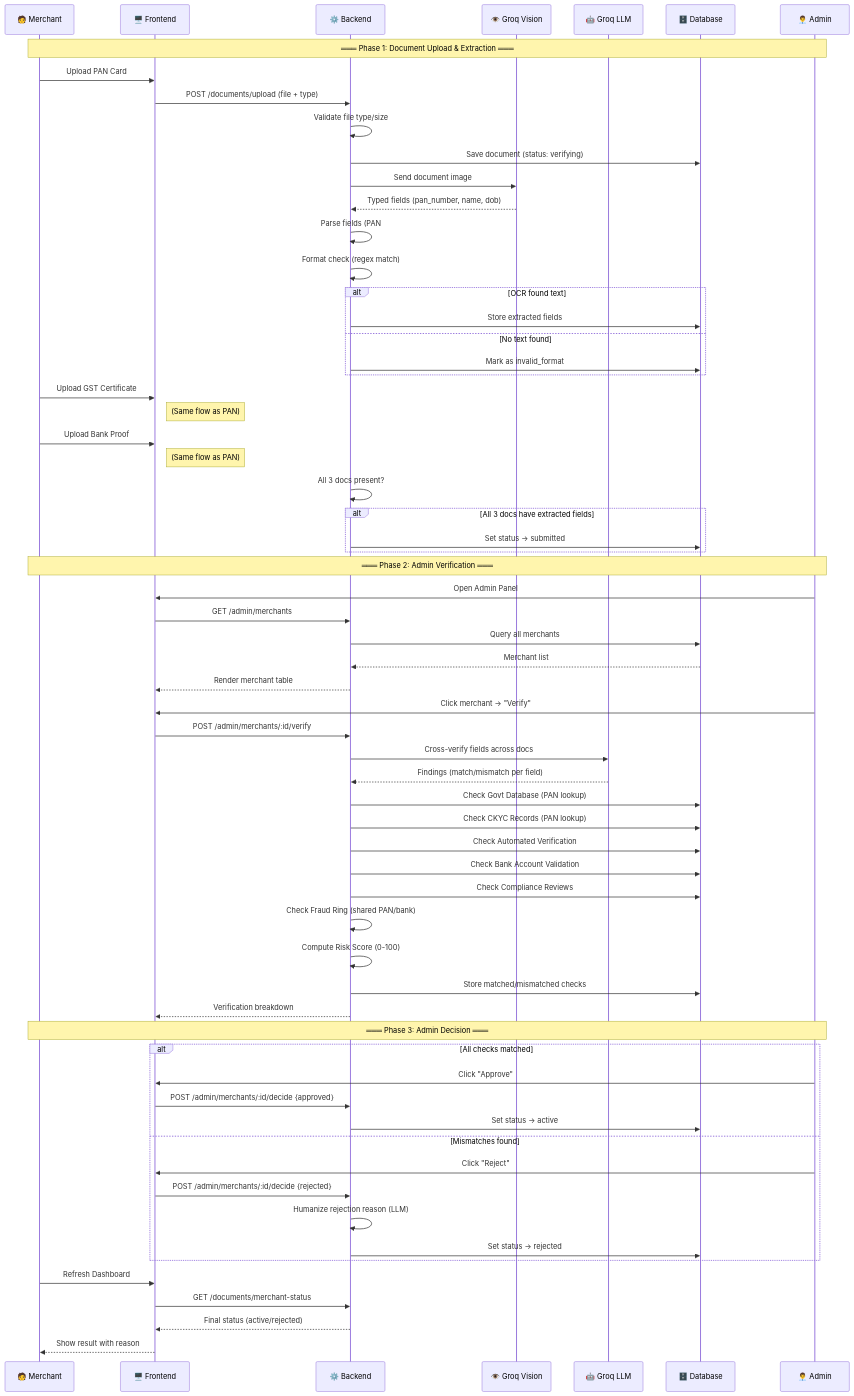
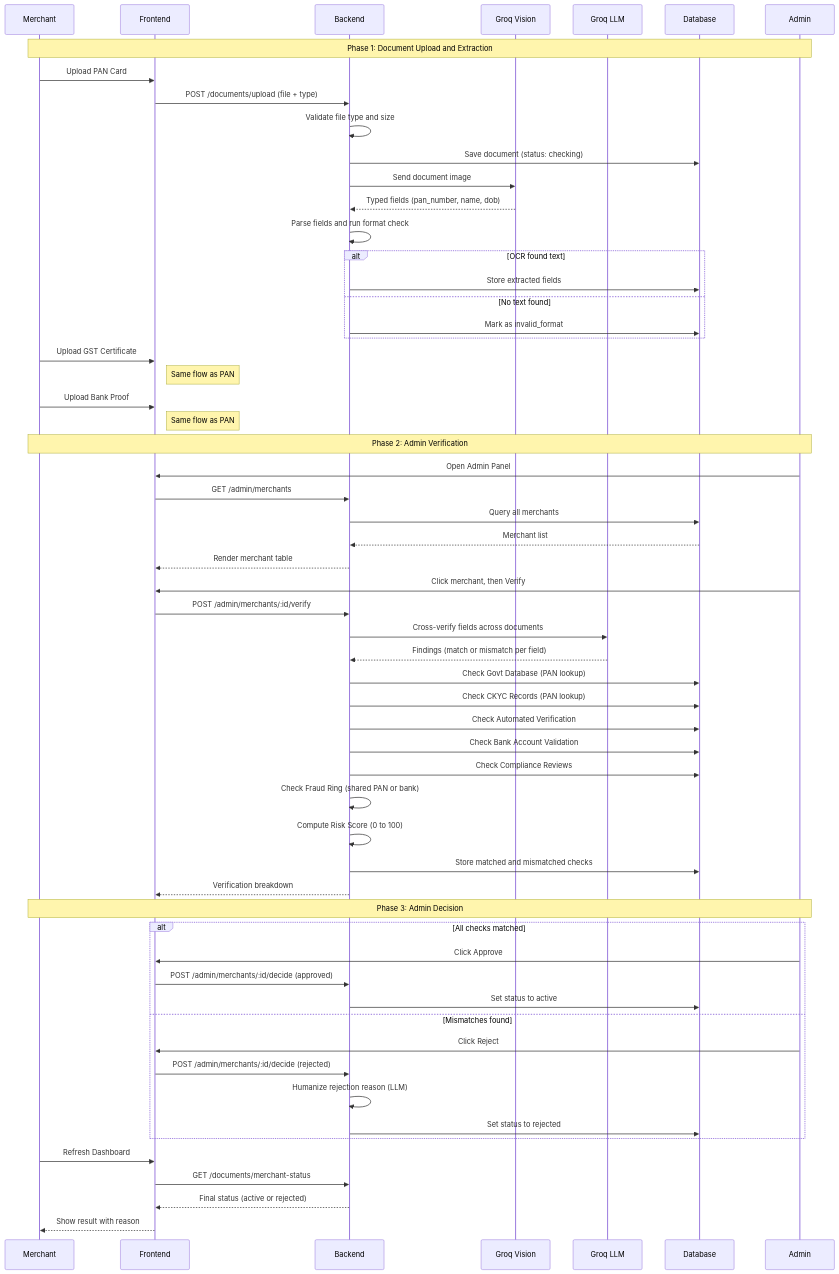
The second of 3 diagrams in README.md (Aditya10507/Merchant-Growth-platform), drawn with Mermaid before and after one commit. The commit also changed other lines of this file and 15 other files, not shown here.

````diff
--- a/README.md
+++ b/README.md
@@ -140,77 +130,71 @@
 ```mermaid
 sequenceDiagram
-    participant M as 🧑 Merchant
-    participant F as 🖥️ Frontend
-    participant B as ⚙️ Backend
-    participant OCR as 👁️ Groq Vision
-    participant LLM as 🤖 Groq LLM
-    participant DB as 🗄️ Database
-    participant A as 👨‍💼 Admin
+    participant M as Merchant
+    participant F as Frontend
+    participant B as Backend
+    participant OCR as Groq Vision
+    participant LLM as Groq LLM
+    participant DB as Database
+    participant A as Admin
 
-    Note over M,A: ═══ Phase 1: Document Upload & Extraction ═══
+    Note over M,A: Phase 1: Document Upload and Extraction
 
     M->>F: Upload PAN Card
     F->>B: POST /documents/upload (file + type)
-    B->>B: Validate file type/size
-    B->>DB: Save document (status: verifying)
+    B->>B: Validate file type and size
+    B->>DB: Save document (status: checking)
     B->>OCR: Send document image
     OCR-->>B: Typed fields (pan_number, name, dob)
-    B->>B: Parse fields (PAN#, name, DOB)
-    B->>B: Format check (regex match)
+    B->>B: Parse fields and run format check
     alt OCR found text
         B->>DB: Store extracted fields
     else No text found
         B->>DB: Mark as invalid_format
     end
 
     M->>F: Upload GST Certificate
-    Note right of F: (Same flow as PAN)
+    Note right of F: Same flow as PAN
 
     M->>F: Upload Bank Proof
-    Note right of F: (Same flow as PAN)
+    Note right of F: Same flow as PAN
 
-    B->>B: All 3 docs present?
-    alt All 3 docs have extracted fields
-        B->>DB: Set status → submitted
-    end
-
-    Note over M,A: ═══ Phase 2: Admin Verification ═══
+    Note over M,A: Phase 2: Admin Verification
 
     A->>F: Open Admin Panel
     F->>B: GET /admin/merchants
     B->>DB: Query all merchants
     DB-->>B: Merchant list
     B-->>F: Render merchant table
 
-    A->>F: Click merchant → "Verify"
+    A->>F: Click merchant, then Verify
     F->>B: POST /admin/merchants/:id/verify
-    B->>LLM: Cross-verify fields across docs
-    LLM-->>B: Findings (match/mismatch per field)
+    B->>LLM: Cross-verify fields across documents
+    LLM-->>B: Findings (match or mismatch per field)
     B->>DB: Check Govt Database (PAN lookup)
     B->>DB: Check CKYC Records (PAN lookup)
     B->>DB: Check Automated Verification
     B->>DB: Check Bank Account Validation
     B->>DB: Check Compliance Reviews
-    B->>B: Check Fraud Ring (shared PAN/bank)
-    B->>B: Compute Risk Score (0-100)
-    B->>DB: Store matched/mismatched checks
+    B->>B: Check Fraud Ring (shared PAN or bank)
+    B->>B: Compute Risk Score (0 to 100)
+    B->>DB: Store matched and mismatched checks
     B-->>F: Verification breakdown
 
-    Note over M,A: ═══ Phase 3: Admin Decision ═══
+    Note over M,A: Phase 3: Admin Decision
 
     alt All checks matched
-        A->>F: Click "Approve"
-        F->>B: POST /admin/merchants/:id/decide {approved}
-        B->>DB: Set status → active
+        A->>F: Click Approve
+        F->>B: POST /admin/merchants/:id/decide (approved)
+        B->>DB: Set status to active
     else Mismatches found
-        A->>F: Click "Reject"
-        F->>B: POST /admin/merchants/:id/decide {rejected}
+        A->>F: Click Reject
+        F->>B: POST /admin/merchants/:id/decide (rejected)
         B->>B: Humanize rejection reason (LLM)
-        B->>DB: Set status → rejected
+        B->>DB: Set status to rejected
     end
 
     M->>F: Refresh Dashboard
     F->>B: GET /documents/merchant-status
-    B-->>F: Final status (active/rejected)
+    B-->>F: Final status (active or rejected)
     F-->>M: Show result with reason
 ```
````
